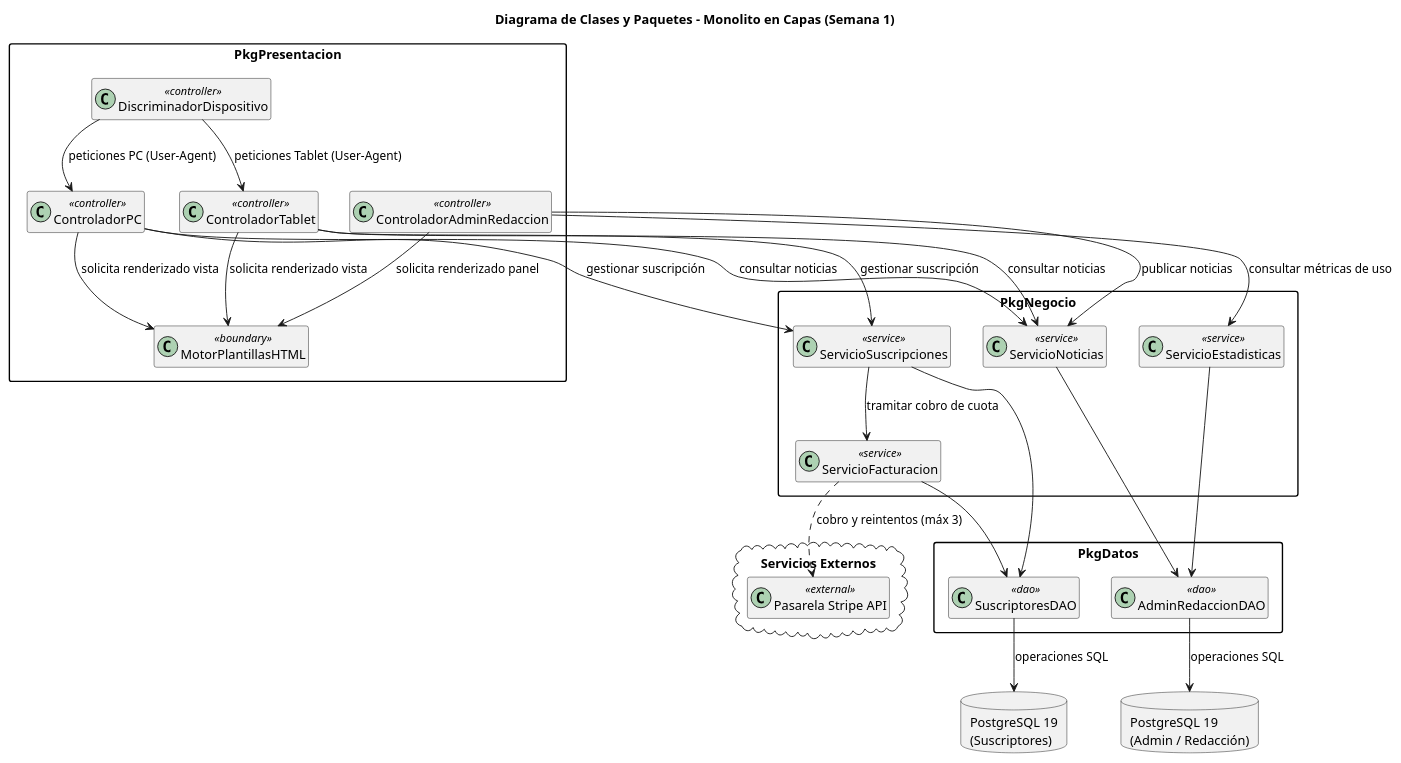
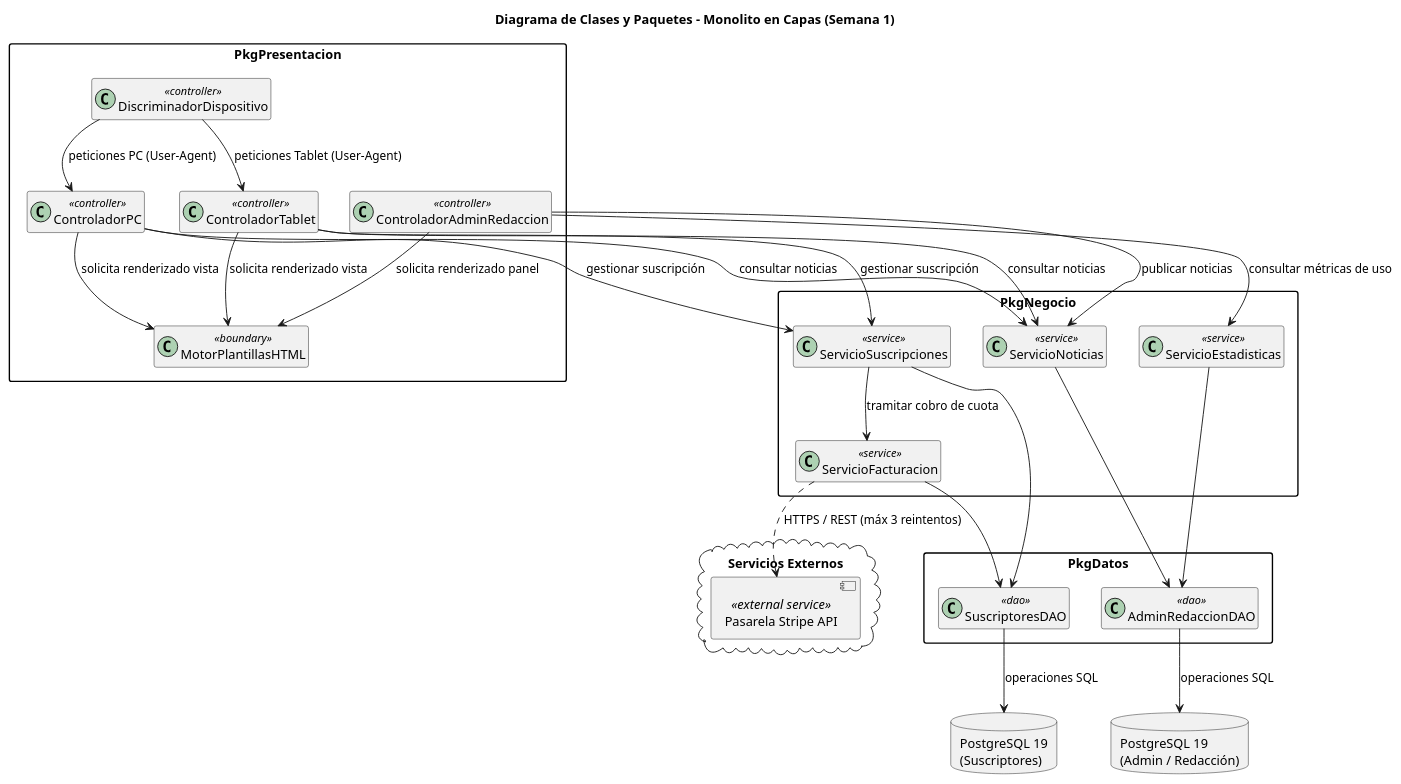
One commit to EnriqueAldama/DAS-Practica-1 changed the diagram in Arquitecturas/0001-estilo-arquitectonico-monolito-semana1.puml. Above: the diagram before and after it, drawn with PlantUML.

Commit message:
Corregido puml

```diff
--- a/Arquitecturas/0001-estilo-arquitectonico-monolito-semana1.puml
+++ b/Arquitecturas/0001-estilo-arquitectonico-monolito-semana1.puml
@@ -1,73 +1,74 @@
 @startuml 0001-estilo-arquitectonico-monolito-semana1
 
 allowmixing
 
 skinparam packageStyle rectangle
 skinparam shadowing false
 hide empty members
 
 title Diagrama de Clases y Paquetes - Monolito en Capas (Semana 1)
 
 package "PkgPresentacion" {
     class DiscriminadorDispositivo <<controller>>
     class ControladorPC <<controller>>
     class ControladorTablet <<controller>>
     class ControladorAdminRedaccion <<controller>>
     class MotorPlantillasHTML <<boundary>>
 }
 
 package "PkgNegocio" {
     class ServicioNoticias <<service>>
     class ServicioSuscripciones <<service>>
     class ServicioFacturacion <<service>>
     class ServicioEstadisticas <<service>>
 }
 
 package "PkgDatos" {
     class AdminRedaccionDAO <<dao>>
     class SuscriptoresDAO <<dao>>
 }
 
 database "PostgreSQL 19\n(Admin / Redacción)" as DB_Admin
 database "PostgreSQL 19\n(Suscriptores)" as DB_Subs
 
 cloud "Servicios Externos" {
-    class "Pasarela Stripe API" as StripeAPI <<external>>
+    component [Pasarela Stripe API] as StripeAPI <<external service>>
 }
+
 
 ' Flujo en Presentación
 DiscriminadorDispositivo --> ControladorPC : peticiones PC (User-Agent)
 DiscriminadorDispositivo --> ControladorTablet : peticiones Tablet (User-Agent)
 
 ControladorPC --> MotorPlantillasHTML : solicita renderizado vista
 ControladorTablet --> MotorPlantillasHTML : solicita renderizado vista
 ControladorAdminRedaccion --> MotorPlantillasHTML : solicita renderizado panel
 
 ' Presentación -> Negocio
 ControladorPC --> ServicioNoticias : consultar noticias
 ControladorPC --> ServicioSuscripciones : gestionar suscripción
 
 ControladorTablet --> ServicioNoticias : consultar noticias
 ControladorTablet --> ServicioSuscripciones : gestionar suscripción
 
 ControladorAdminRedaccion --> ServicioNoticias : publicar noticias
 ControladorAdminRedaccion --> ServicioEstadisticas : consultar métricas de uso
 
 ' Negocio interno
 ServicioSuscripciones --> ServicioFacturacion : tramitar cobro de cuota
 
 ' Negocio -> Datos
 ServicioNoticias --> AdminRedaccionDAO
 ServicioEstadisticas --> AdminRedaccionDAO
 
 ServicioSuscripciones --> SuscriptoresDAO
 ServicioFacturacion --> SuscriptoresDAO
 
 ' Datos -> Bases de datos
 AdminRedaccionDAO --> DB_Admin : operaciones SQL
 SuscriptoresDAO --> DB_Subs : operaciones SQL
 
 ' Negocio -> Servicios Externos
-ServicioFacturacion ..> StripeAPI : cobro y reintentos (máx 3)
+ServicioFacturacion ..> StripeAPI : HTTPS / REST (máx 3 reintentos)
 
 @enduml
```
